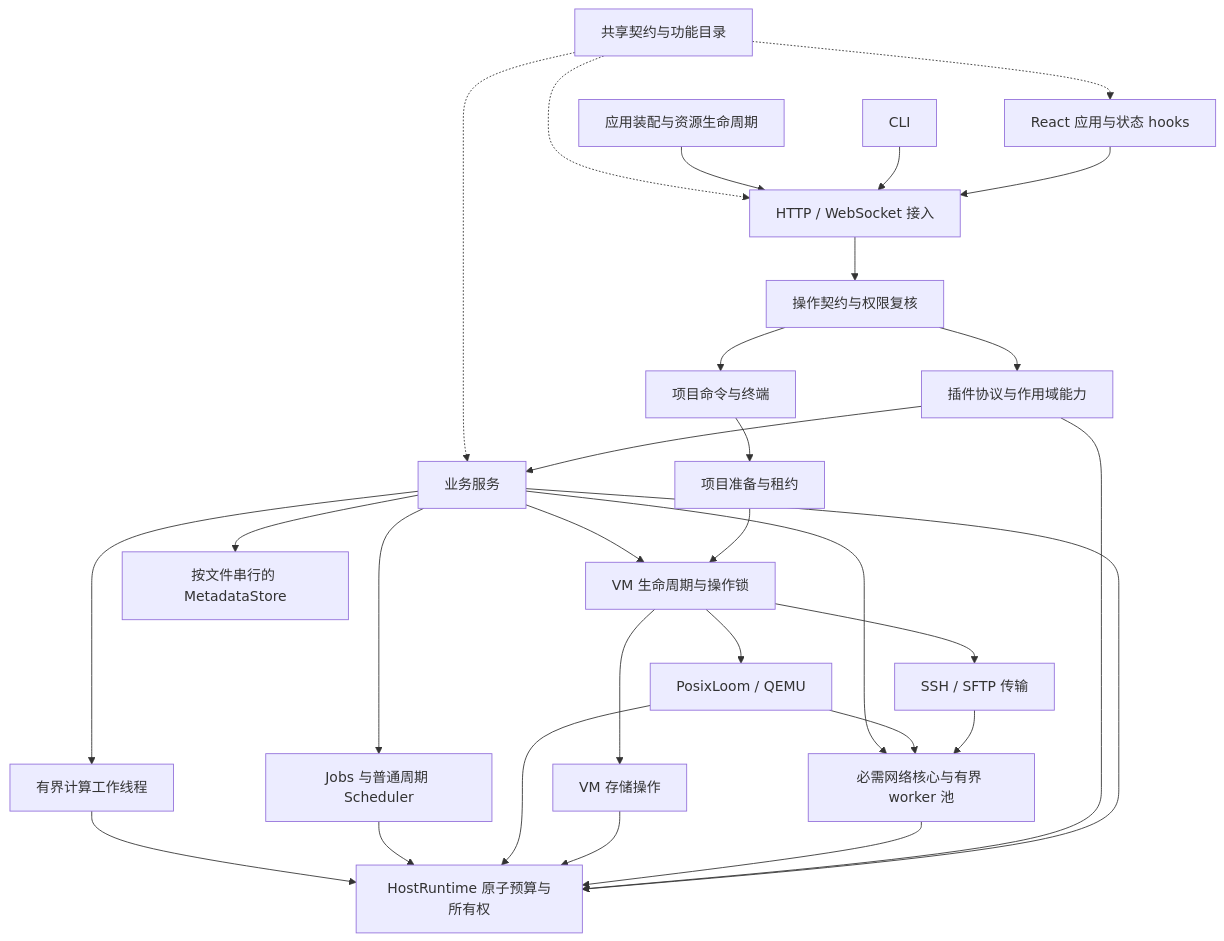
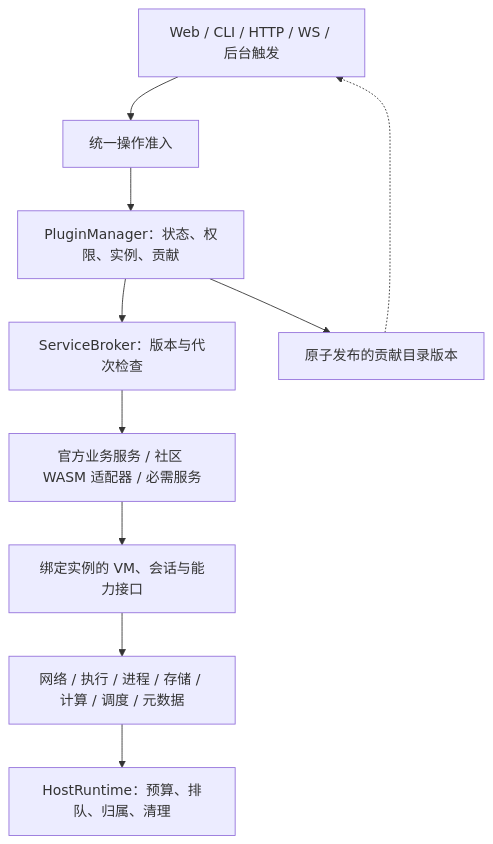
Before and after one commit to lyts825/sakura-vm: the diagram in docs/architecture.md, drawn with Mermaid. The commit also changed other lines of this file and 220 other files, not shown here.

````diff
--- a/docs/architecture.md
+++ b/docs/architecture.md
@@ -5,32 +5,12 @@
 ```mermaid
 flowchart TD
-  UI[React 应用与状态 hooks] --> HTTP[HTTP / WebSocket 接入]
-  CLI[CLI] --> HTTP
-  App[应用装配与资源生命周期] --> HTTP
-  HTTP --> Gateway[操作契约与权限复核]
-  Gateway --> Plugins[插件协议与作用域能力]
-  Gateway --> Execution[项目命令与终端]
-  Execution --> Preparation[项目准备与租约]
-  Plugins --> Domain[业务服务]
-  Preparation --> Machines[VM 生命周期与操作锁]
-  Domain --> Machines
-  Machines --> Transport[SSH / SFTP 传输]
-  Machines --> Storage[VM 存储操作]
-  Machines --> Runtime[PosixLoom / QEMU]
-  Transport --> Network[必需网络核心与有界 worker 池]
-  Runtime --> Network
-  Domain --> Network
-  Contracts[共享契约与功能目录] -.-> UI
-  Contracts -.-> HTTP
-  Contracts -.-> Domain
-  Domain --> Host[HostRuntime 原子预算与所有权]
-  Plugins --> Host
-  Network --> Host
-  Storage --> Host
-  Runtime --> Host
-  Domain --> Jobs[Jobs 与普通周期 Scheduler]
-  Domain --> Compute[有界计算工作线程]
-  Jobs --> Host
-  Compute --> Host
-  Domain --> Metadata[按文件串行的 MetadataStore]
+  Entry[Web / CLI / HTTP / WS / 后台触发] --> Gateway[统一操作准入]
+  Gateway --> Manager[PluginManager：状态、权限、实例、贡献]
+  Manager --> Broker[ServiceBroker：版本与代次检查]
+  Broker --> Domain[官方业务服务 / 社区 WASM 适配器 / 必需服务]
+  Domain --> Caps[绑定实例的 VM、会话与能力接口]
+  Caps --> Runtime[网络 / 执行 / 进程 / 存储 / 计算 / 调度 / 元数据]
+  Runtime --> Host[HostRuntime：预算、排队、归属、清理]
+  Manager --> Catalog[原子发布的贡献目录版本]
+  Catalog -.-> Entry
 ```
````
